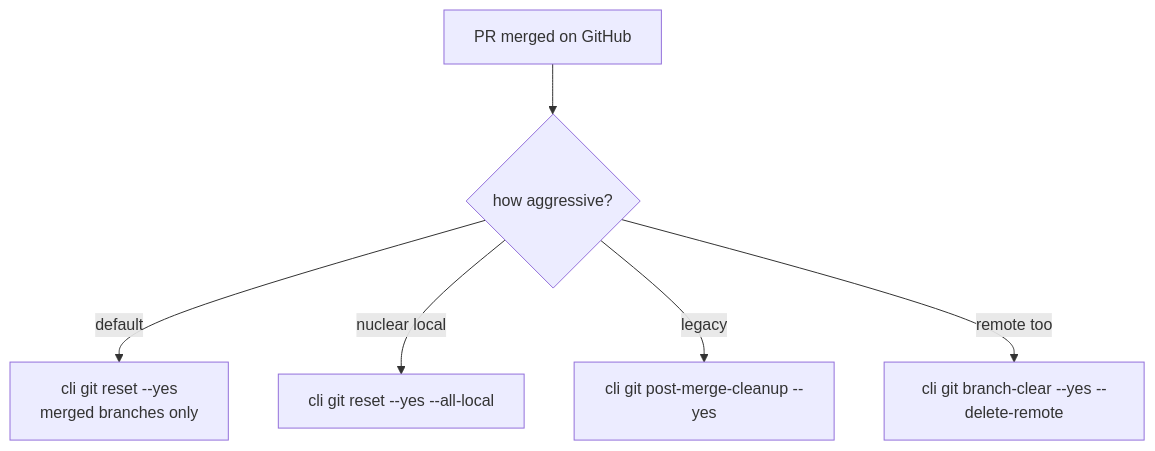
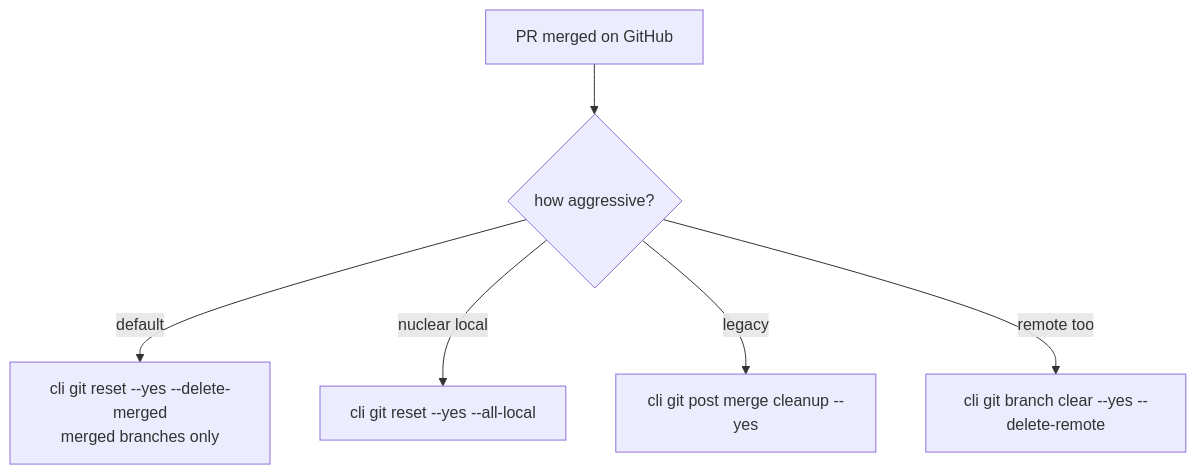
One commit to gardusig/cli changed the fifth of 7 diagrams in docs/workflows.md. Above: the diagram before and after it, drawn with Mermaid. The commit also changed other lines of this file and 70 other files, not shown here.

First line of the commit message:
Add PyPI release pipeline, Docker-only integration guard, and git/hygiene hardening.

````diff
--- a/docs/workflows.md
+++ b/docs/workflows.md
@@ -117,8 +119,8 @@
 ```mermaid
 flowchart TD
     A["PR merged on GitHub"] --> B{"how aggressive?"}
-    B -->|default| C["cli git reset --yes<br/>merged branches only"]
+    B -->|default| C["cli git reset --yes --delete-merged<br/>merged branches only"]
     B -->|nuclear local| D["cli git reset --yes --all-local"]
-    B -->|legacy| E["cli git post-merge-cleanup --yes"]
-    B -->|remote too| F["cli git branch-clear --yes --delete-remote"]
+    B -->|legacy| E["cli git post merge cleanup --yes"]
+    B -->|remote too| F["cli git branch clear --yes --delete-remote"]
 ```
````
